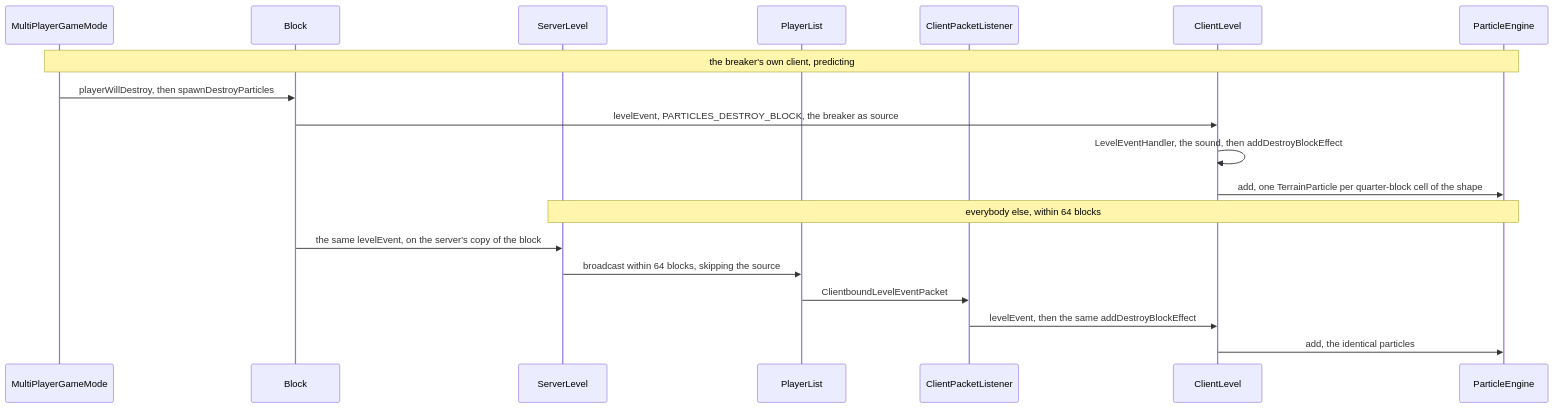
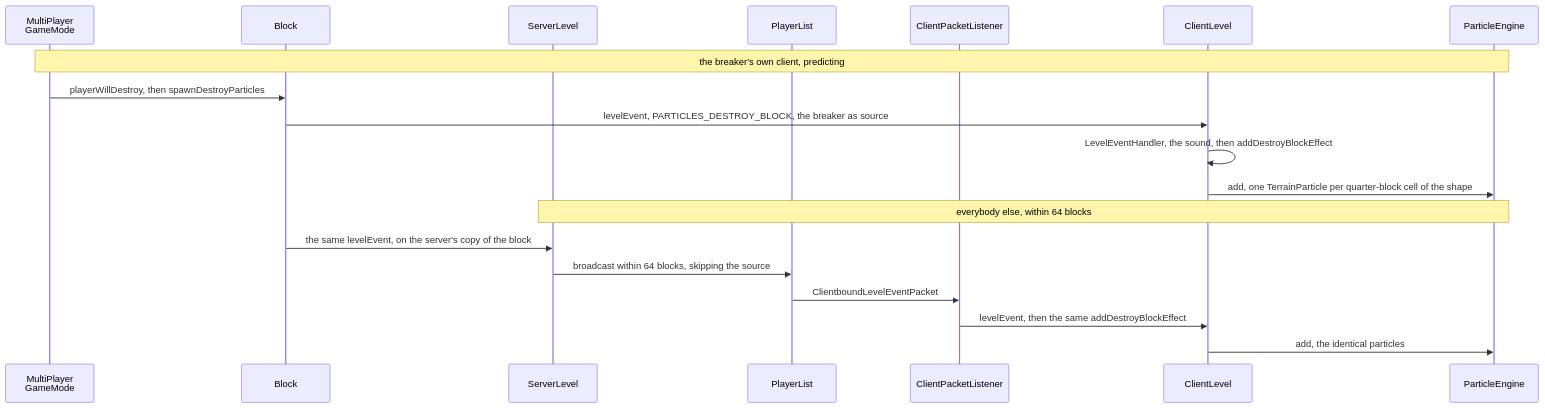
One commit to AlexanderjFraser/MinecraftDocs changed the first of 2 diagrams in src/systems/rendering/particles.md. Above: the diagram before and after it, drawn with Mermaid. The commit also changed 68 other files, not shown here.

````diff
--- a/src/systems/rendering/particles.md
+++ b/src/systems/rendering/particles.md
@@ -53,22 +53,22 @@
 ```mermaid
 sequenceDiagram
-    participant MPGM as MultiPlayerGameMode
+    participant MPGM as MultiPlayer<br/>GameMode
     participant Block as Block
     participant SL as ServerLevel
     participant PL as PlayerList
     participant CPL as ClientPacketListener
     participant CL as ClientLevel
     participant PE as ParticleEngine
 
     Note over MPGM,PE: the breaker's own client, predicting
     MPGM->>Block: playerWillDestroy, then spawnDestroyParticles
     Block->>CL: levelEvent, PARTICLES_DESTROY_BLOCK, the breaker as source
     CL->>CL: LevelEventHandler, the sound, then addDestroyBlockEffect
     CL->>PE: add, one TerrainParticle per quarter-block cell of the shape
     Note over SL,PE: everybody else, within 64 blocks
     Block->>SL: the same levelEvent, on the server's copy of the block
     SL->>PL: broadcast within 64 blocks, skipping the source
     PL->>CPL: ClientboundLevelEventPacket
     CPL->>CL: levelEvent, then the same addDestroyBlockEffect
     CL->>PE: add, the identical particles
 ```
````
